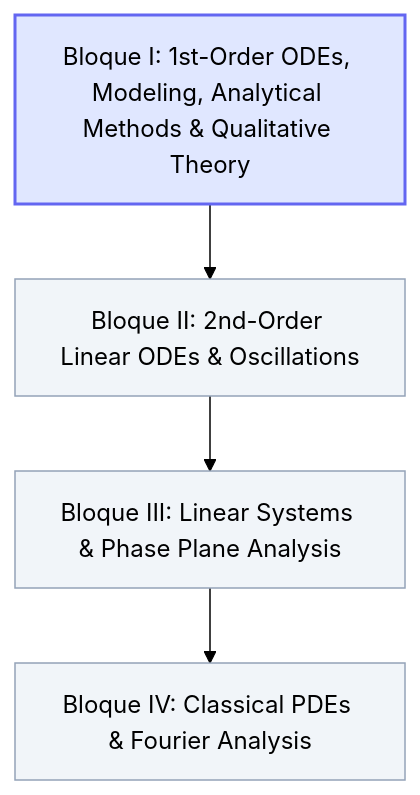
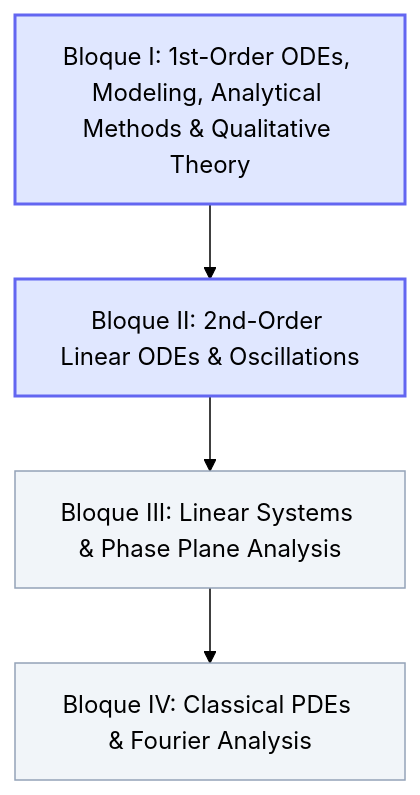
The diagram in vault/04 - Advanced Maths/Matematicas Avanzadas MOC.md (251-B/AerospaceEngineering), drawn with Mermaid (forest theme) before and after one commit. The commit also changed other lines of this file and 9 other files, not shown here.

Commit message:
feat(advanced-maths): implement Chapter 3 theory in dual architecture (Obsidian + Web) up to Sept 22nd lecture

````diff
--- a/vault/04 - Advanced Maths/Matematicas Avanzadas MOC.md
+++ b/vault/04 - Advanced Maths/Matematicas Avanzadas MOC.md
@@ -24,11 +24,11 @@
 ```mermaid
 flowchart TD
     B1["Bloque I: 1st-Order ODEs, Modeling, Analytical Methods & Qualitative Theory"] --> B2["Bloque II: 2nd-Order Linear ODEs & Oscillations"]
     B2 --> B3["Bloque III: Linear Systems & Phase Plane Analysis"]
     B3 --> B4["Bloque IV: Classical PDEs & Fourier Analysis"]
     
     style B1 fill:#e0e7ff,stroke:#6366f1,stroke-width:2px;
-    style B2 fill:#f1f5f9,stroke:#94a3b8,stroke-width:1px;
+    style B2 fill:#e0e7ff,stroke:#6366f1,stroke-width:2px;
     style B3 fill:#f1f5f9,stroke:#94a3b8,stroke-width:1px;
     style B4 fill:#f1f5f9,stroke:#94a3b8,stroke-width:1px;
 ```
````
